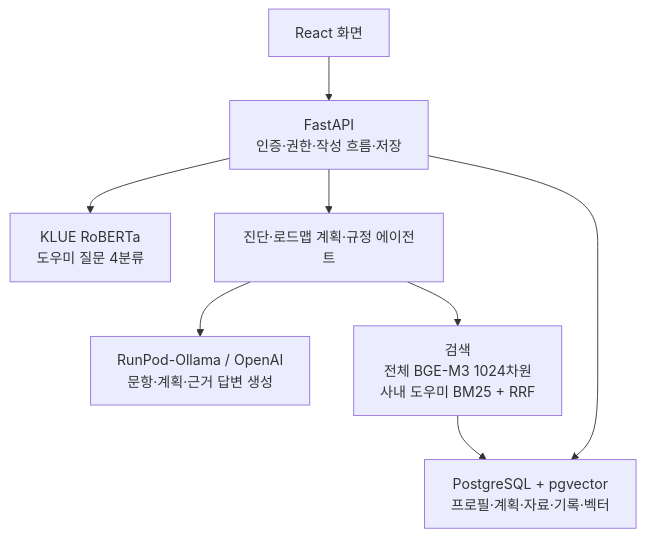
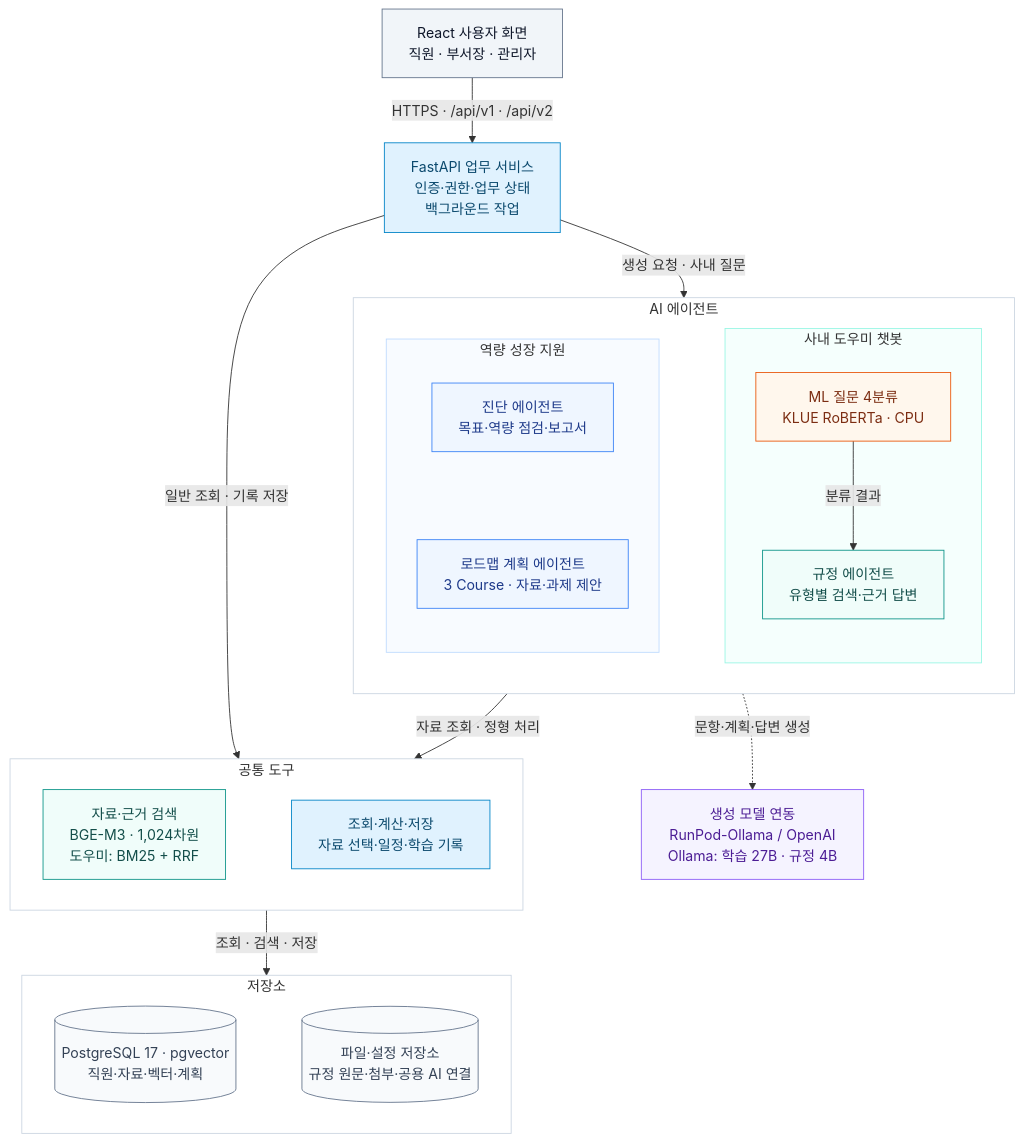
One commit to 20260528-skn-family-ai-33/SKN33-Final-2Team changed the second of 2 diagrams in README.md. Above: the diagram before and after it, drawn with Mermaid. The commit also changed other lines of this file and 16 other files, not shown here.

````diff
--- a/README.md
+++ b/README.md
@@ -67,10 +71,63 @@
 ```mermaid
 flowchart TB
-    UI["React 화면"] --> API["FastAPI<br/>인증·권한·작성 흐름·저장"]
-    API --> CLASSIFIER["KLUE RoBERTa<br/>도우미 질문 4분류"]
-    API --> AGENTS["진단·로드맵 계획·규정 에이전트"]
-    API --> DB["PostgreSQL + pgvector<br/>프로필·계획·자료·기록·벡터"]
-    AGENTS --> LLM["RunPod-Ollama / OpenAI<br/>문항·계획·근거 답변 생성"]
-    AGENTS --> EMBED["검색<br/>전체 BGE-M3 1024차원<br/>사내 도우미 BM25 + RRF"]
-    EMBED --> DB
+    UI["React 사용자 화면<br/>직원 · 부서장 · 관리자"]
+    API["FastAPI 업무 서비스<br/>인증·권한·업무 상태<br/>백그라운드 작업"]
+    UI -->|"HTTPS · /api/v1 · /api/v2"| API
+
+    subgraph AI["AI 에이전트"]
+        direction LR
+        subgraph LEARNING["역량 성장 지원"]
+            direction TB
+            DIAG["진단 에이전트<br/>목표·역량 점검·보고서"]
+            ROAD["로드맵 계획 에이전트<br/>3 Course · 자료·과제 제안"]
+            DIAG ~~~ ROAD
+        end
+        subgraph ASSISTANT["사내 도우미 챗봇"]
+            direction TB
+            CLASSIFIER["ML 질문 4분류<br/>KLUE RoBERTa · CPU"]
+            REG["규정 에이전트<br/>유형별 검색·근거 답변"]
+            CLASSIFIER -->|"분류 결과"| REG
+        end
+        LEARNING ~~~ ASSISTANT
+    end
+    API -->|"생성 요청 · 사내 질문"| AI
+
+    subgraph TOOLS["공통 도구"]
+        direction LR
+        SEARCH["자료·근거 검색<br/>BGE-M3 · 1,024차원<br/>도우미: BM25 + RRF"]
+        RECORD["조회·계산·저장<br/>자료 선택·일정·학습 기록"]
+        SEARCH ~~~ RECORD
+    end
+    MODEL["생성 모델 연동<br/>RunPod-Ollama / OpenAI<br/>Ollama: 학습 27B · 규정 4B"]
+    AI -->|"자료 조회 · 정형 처리"| TOOLS
+    AI -.->|"문항·계획·답변 생성"| MODEL
+    API -->|"일반 조회 · 기록 저장"| TOOLS
+
+    subgraph STORAGE["저장소"]
+        direction LR
+        DB[("PostgreSQL 17 · pgvector<br/>직원·자료·벡터·계획")]
+        FILES[("파일·설정 저장소<br/>규정 원문·첨부·공용 AI 연결")]
+        DB ~~~ FILES
+    end
+    TOOLS -->|"조회 · 검색 · 저장"| STORAGE
+
+    classDef screen fill:#f1f5f9,stroke:#64748b,color:#0f172a
+    classDef service fill:#e0f2fe,stroke:#0284c7,color:#0c4a6e
+    classDef learning fill:#eff6ff,stroke:#3b82f6,color:#1e3a8a
+    classDef classifier fill:#fff7ed,stroke:#ea580c,color:#7c2d12
+    classDef assistant fill:#f0fdfa,stroke:#0d9488,color:#134e4a
+    classDef model fill:#f5f3ff,stroke:#8b5cf6,color:#4c1d95
+    classDef storage fill:#f8fafc,stroke:#64748b,color:#334155
+    class UI screen
+    class API,RECORD service
+    class DIAG,ROAD learning
+    class CLASSIFIER classifier
+    class REG,SEARCH assistant
+    class MODEL model
+    class DB,FILES storage
+    style AI fill:#ffffff,stroke:#cbd5e1
+    style LEARNING fill:#f8fbff,stroke:#bfdbfe
+    style ASSISTANT fill:#f5fffd,stroke:#99f6e4
+    style TOOLS fill:#ffffff,stroke:#cbd5e1
+    style STORAGE fill:#ffffff,stroke:#cbd5e1
 ```
````
